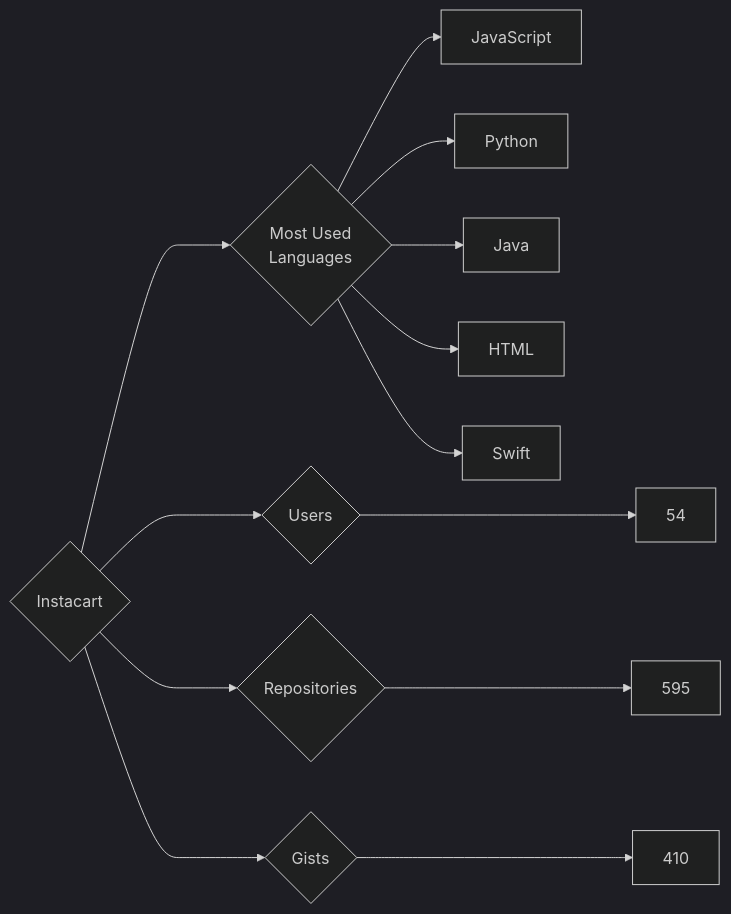
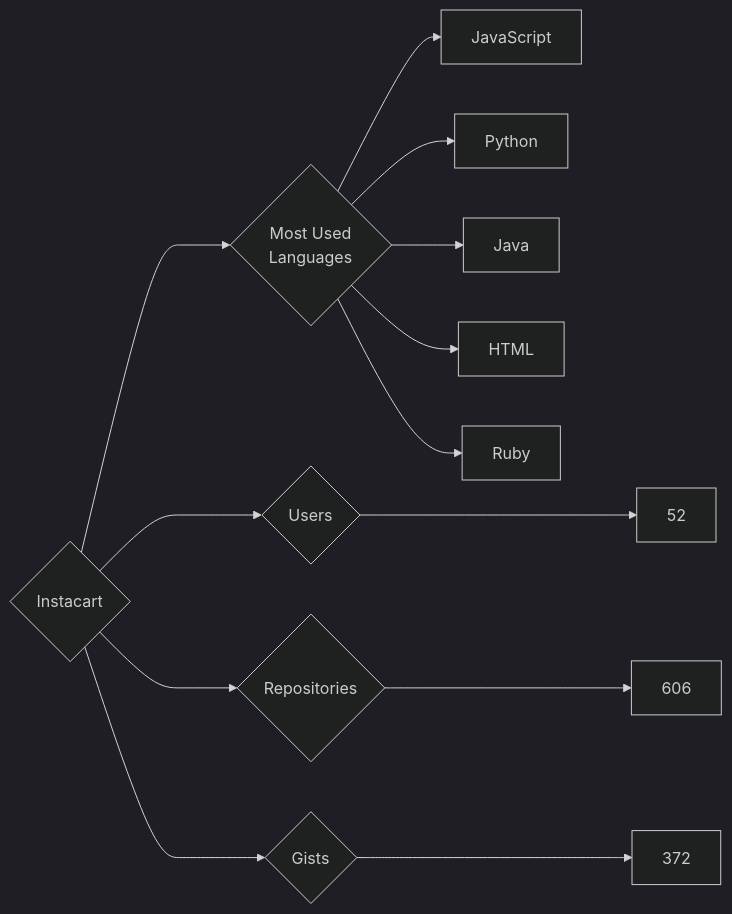
The diagram in targets/Instacart/README.md (trickest/insiders), drawn with Mermaid (dark theme) before and after one commit. The commit also changed 912 other files, not shown here.

````diff
--- a/targets/Instacart/README.md
+++ b/targets/Instacart/README.md
@@ -3,13 +3,13 @@
 ```mermaid
 graph LR
 COMPANY_NAME{Instacart}
-COMPANY_NAME ---> U{Users} ---> UN[54]
-COMPANY_NAME ---> R{Repositories} ---> RN[595]
-COMPANY_NAME ---> G{Gists} ---> GN[410]
+COMPANY_NAME ---> U{Users} ---> UN[52]
+COMPANY_NAME ---> R{Repositories} ---> RN[606]
+COMPANY_NAME ---> G{Gists} ---> GN[372]
 COMPANY_NAME ---> ML{Most Used<br>Languages}
 ML --> JavaScript[JavaScript]
 ML --> Python[Python]
 ML --> Java[Java]
 ML --> HTML[HTML]
-ML --> Swift[Swift]
+ML --> Ruby[Ruby]
 ```
````
